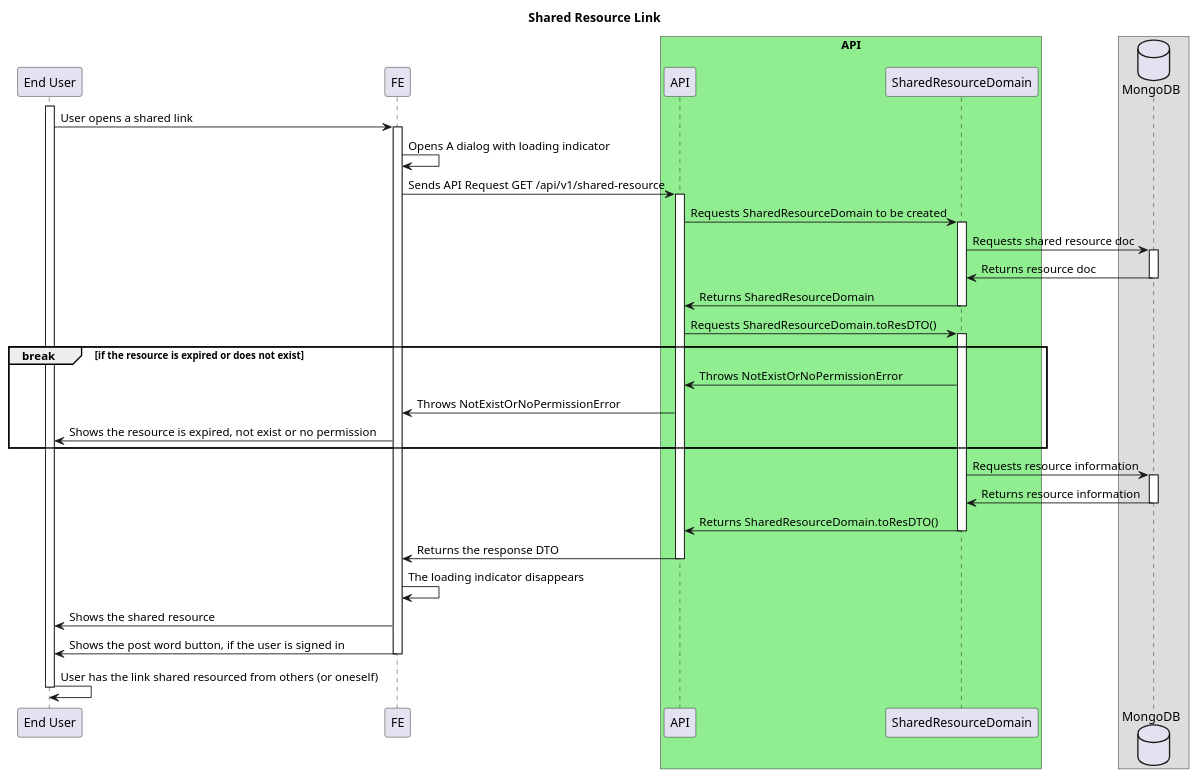
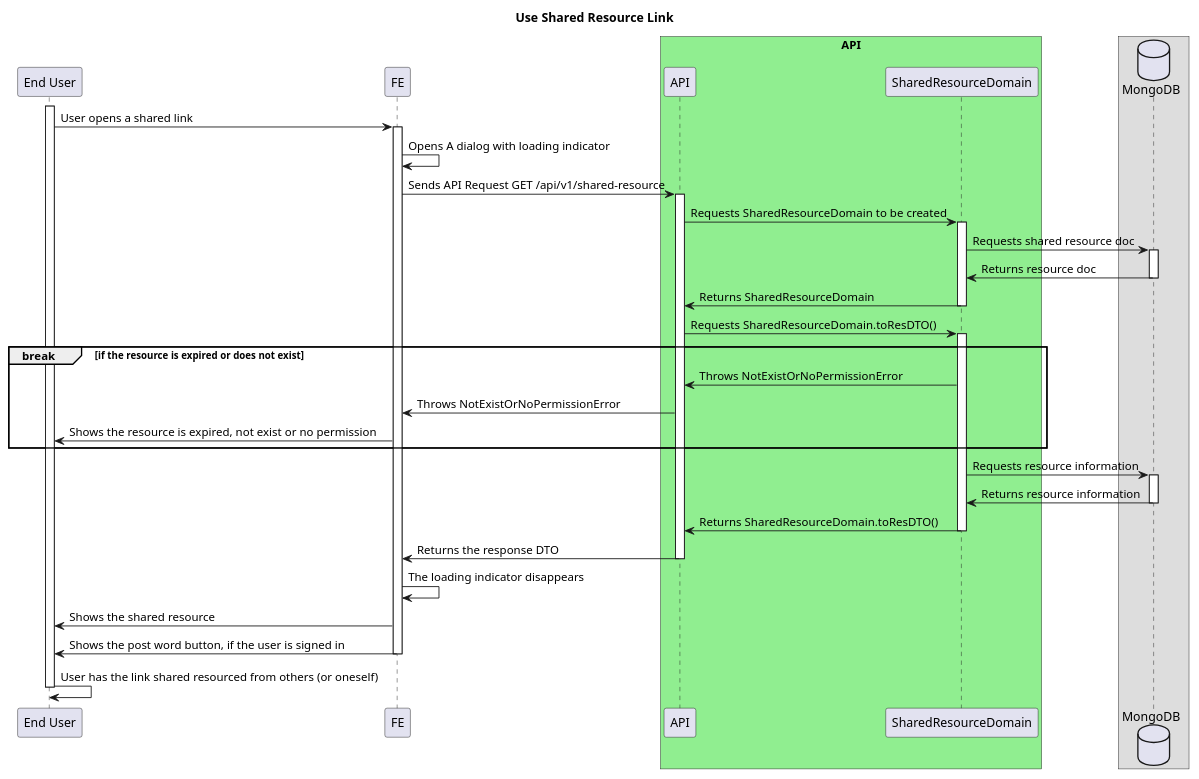
One commit to ajktown/docs changed the diagram in dev/diagrams/on-get-shared-resource-link.md. Above: the diagram before and after it, drawn with PlantUML.

Commit message:
doc: use shared resource link

````diff
--- a/dev/diagrams/on-get-shared-resource-link.md
+++ b/dev/diagrams/on-get-shared-resource-link.md
@@ -19,52 +19,52 @@
 ```plantuml
 
 @startuml
 
-title Shared Resource Link
+title Use Shared Resource Link
 
 participant "End User" as user
 participant "FE" as fe
 box "API" #Lightgreen
   participant "API" as api
   participant "SharedResourceDomain" as domain
 box
 database "MongoDB" as db
 
 activate user
   user -> fe: User opens a shared link
   activate fe
     fe -> fe: Opens A dialog with loading indicator
     fe -> api: Sends API Request GET /api/v1/shared-resource
     activate api
       api -> domain: Requests SharedResourceDomain to be created
       activate domain
         domain -> db: Requests shared resource doc
         activate db
           domain <- db: Returns resource doc
         deactivate db
         api <- domain: Returns SharedResourceDomain
         deactivate domain
         api -> domain: Requests SharedResourceDomain.toResDTO()
           activate domain
             break if the resource is expired or does not exist
               api <- domain: Throws NotExistOrNoPermissionError
               fe <- api: Throws NotExistOrNoPermissionError
               user <- fe : Shows the resource is expired, not exist or no permission
             end break
             domain -> db: Requests resource information
             activate db
               domain <- db: Returns resource information
             deactivate db
             api <- domain: Returns SharedResourceDomain.toResDTO()
           deactivate domain
         fe <- api: Returns the response DTO
     deactivate api
   fe -> fe: The loading indicator disappears
   user <- fe: Shows the shared resource
   user <- fe: Shows the post word button, if the user is signed in
   deactivate fe
   user -> user: User has the link shared resourced from others (or oneself)
 deactivate user
 
 
 ```
````
